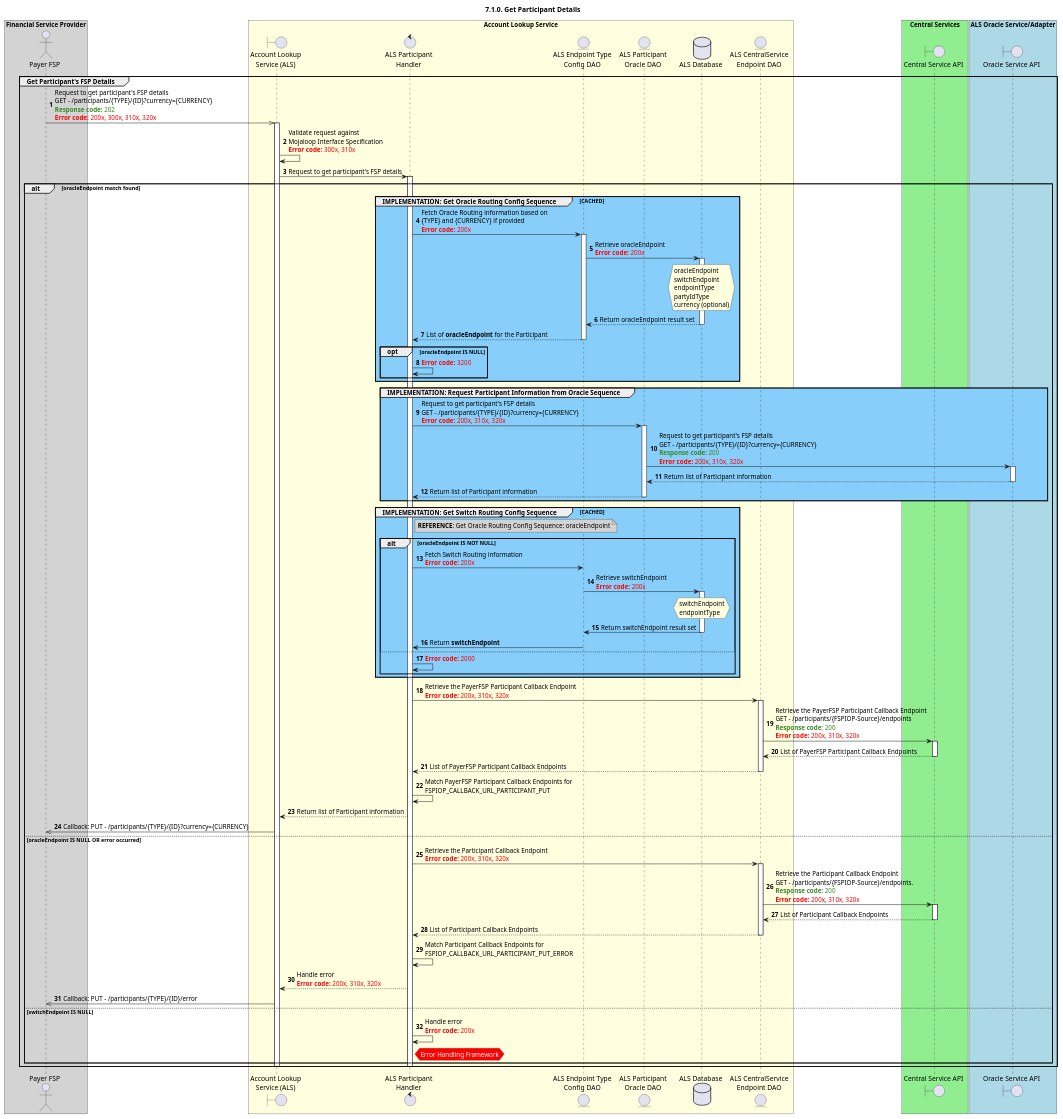
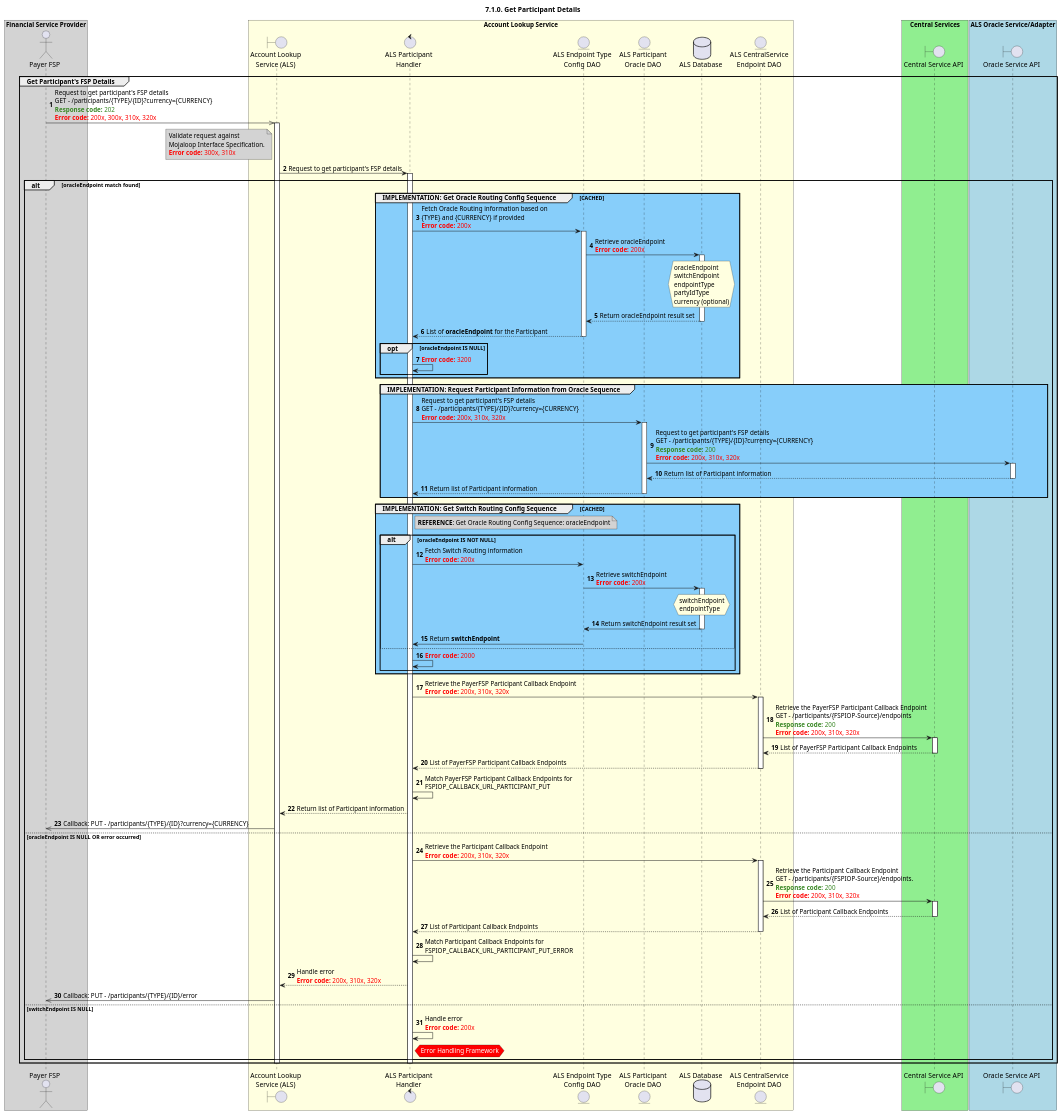
Before and after one commit to mojaloop/documentation: the diagram in mojaloop-technical-overview/account-lookup-service/assets/diagrams/sequence/seq-acct-lookup-get-participant-7.1.0.plantuml, drawn with PlantUML. The commit also changed 2 other files, not shown here.

Commit message:
Changes to the ALS Sequence Diagrams:
1. Minor typo fixes
2. Moved ML API Spec validation as a note instead of a step to match the changes to the "async" (non-solid) arrow changes as suggested by @ggrg

```diff
--- a/mojaloop-technical-overview/account-lookup-service/assets/diagrams/sequence/seq-acct-lookup-get-participant-7.1.0.plantuml
+++ b/mojaloop-technical-overview/account-lookup-service/assets/diagrams/sequence/seq-acct-lookup-get-participant-7.1.0.plantuml
@@ -27,146 +27,152 @@
 @startuml
-' declate title
+' declare title
 title 7.1.0. Get Participant Details
 
 autonumber
 ' Actor Keys:
 ' boundary - APIs/Interfaces, etc
 ' entity - Database Access Objects
 ' database - Database Persistance Store
 
 ' declare actors
 actor "Payer FSP" as PAYER_FSP
 boundary "Account Lookup\nService (ALS)" as ALS_API
 control "ALS Participant\nHandler" as ALS_PARTICIPANT_HANDLER
 entity "ALS Endpoint Type\nConfig DAO" as ALS_TYPE_ENDPOINT_CONFIG_DAO
 entity "ALS CentralService\nEndpoint DAO" as ALS_CENTRALSERVICE_ENDPOINT_CONFIG_DAO
 entity "ALS Participant\nOracle DAO" as ALS_PARTICIPANT_ORACLE_DAO
 entity "ALS Participant Endpoint\nOracle DAO" as ALS_PARTICIPANT_ORACLE_DAO
 database "ALS Database" as ALS_DB
 boundary "Oracle Service API" as ORACLE_API
 boundary "Central Service API" as CENTRALSERVICE_API
 
 box "Financial Service Provider" #LightGrey
 participant PAYER_FSP
 end box
 
 box "Account Lookup Service" #LightYellow
 participant ALS_API
 participant ALS_PARTICIPANT_HANDLER
 participant ALS_TYPE_ENDPOINT_CONFIG_DAO
 participant ALS_PARTICIPANT_ORACLE_DAO
 participant ALS_DB
 participant ALS_CENTRALSERVICE_ENDPOINT_CONFIG_DAO
 end box
 
 box "Central Services" #LightGreen
 participant CENTRALSERVICE_API
 end box
 
 box "ALS Oracle Service/Adapter" #LightBlue
 participant ORACLE_API
 end box
 
 ' START OF FLOW
 
 group Get Participant's FSP Details
+
+
     PAYER_FSP ->> ALS_API: Request to get participant's FSP details \nGET - /participants/{TYPE}/{ID}?currency={CURRENCY}\n<color #388724><b>Response code:</b> 202</color> \n<color #red><b>Error code:</b> 200x, 300x, 310x, 320x</color>
     activate ALS_API
-    ALS_API -> ALS_API: Validate request against\nMojaloop Interface Specification\n<color #red><b>Error code:</b> 300x, 310x</color>
+    note left ALS_API #lightgray
+        Validate request against
+        Mojaloop Interface Specification.
+        <color #red><b>Error code:</b> 300x, 310x</color>
+    end note
 
     ALS_API -> ALS_PARTICIPANT_HANDLER: Request to get participant's FSP details
 
     alt oracleEndpoint match found
         group #lightskyblue IMPLEMENTATION: Get Oracle Routing Config Sequence [CACHED]
             activate ALS_PARTICIPANT_HANDLER
             ALS_PARTICIPANT_HANDLER -> ALS_TYPE_ENDPOINT_CONFIG_DAO: Fetch Oracle Routing information based on\n{TYPE} and {CURRENCY} if provided\n<color #red><b>Error code:</b> 200x</color>
             activate ALS_TYPE_ENDPOINT_CONFIG_DAO
             ALS_TYPE_ENDPOINT_CONFIG_DAO -> ALS_DB: Retrieve oracleEndpoint\n<color #red><b>Error code:</b> 200x</color>
             activate ALS_DB
             hnote over ALS_DB #lightyellow
                     oracleEndpoint
                     switchEndpoint
                     endpointType
                     partyIdType
                     currency (optional)
             end note
             ALS_DB --> ALS_TYPE_ENDPOINT_CONFIG_DAO: Return oracleEndpoint result set
             deactivate ALS_DB
             ALS_TYPE_ENDPOINT_CONFIG_DAO --> ALS_PARTICIPANT_HANDLER: List of **oracleEndpoint** for the Participant
             deactivate ALS_TYPE_ENDPOINT_CONFIG_DAO
             opt #lightskyblue oracleEndpoint IS NULL
                 ALS_PARTICIPANT_HANDLER -> ALS_PARTICIPANT_HANDLER: <color #red><b>Error code:</b> 3200</color>
             end
         end group
 
         group #lightskyblue IMPLEMENTATION: Request Participant Information from Oracle Sequence
             ALS_PARTICIPANT_HANDLER -> ALS_PARTICIPANT_ORACLE_DAO: Request to get participant's FSP details \nGET - /participants/{TYPE}/{ID}?currency={CURRENCY}\n<color #red><b>Error code:</b> 200x, 310x, 320x</color>
             activate ALS_PARTICIPANT_ORACLE_DAO
             ALS_PARTICIPANT_ORACLE_DAO -> ORACLE_API: Request to get participant's FSP details \nGET - /participants/{TYPE}/{ID}?currency={CURRENCY}\n<color #388724><b>Response code:</b> 200</color> \n<color #red><b>Error code:</b> 200x, 310x, 320x</color>
             activate ORACLE_API
             ORACLE_API --> ALS_PARTICIPANT_ORACLE_DAO: Return list of Participant information
             deactivate ORACLE_API
             ALS_PARTICIPANT_ORACLE_DAO --> ALS_PARTICIPANT_HANDLER: Return list of Participant information
             deactivate ALS_PARTICIPANT_ORACLE_DAO
         end group
 
         group #lightskyblue IMPLEMENTATION: Get Switch Routing Config Sequence [CACHED]
             note right of ALS_PARTICIPANT_HANDLER  #lightgray
                 **REFERENCE**: Get Oracle Routing Config Sequence: oracleEndpoint
             end note
             alt #lightskyblue oracleEndpoint IS NOT NULL
                 ALS_PARTICIPANT_HANDLER -> ALS_TYPE_ENDPOINT_CONFIG_DAO: Fetch Switch Routing information\n<color #red><b>Error code:</b> 200x</color>
                 ALS_TYPE_ENDPOINT_CONFIG_DAO -> ALS_DB: Retrieve switchEndpoint\n<color #red><b>Error code:</b> 200x</color>
                 activate ALS_DB
                 hnote over ALS_DB #lightyellow
                         switchEndpoint
                         endpointType
                 end note
                 ALS_DB -> ALS_TYPE_ENDPOINT_CONFIG_DAO: Return switchEndpoint result set
                 deactivate ALS_DB
                 ALS_TYPE_ENDPOINT_CONFIG_DAO -> ALS_PARTICIPANT_HANDLER: Return **switchEndpoint**
             else
                 ALS_PARTICIPANT_HANDLER -> ALS_PARTICIPANT_HANDLER: <color #red><b>Error code:</b> 2000</color>
             end alt
         end group
 
         '********************* Get PayerFSP Callback Endpoints - START ************************
         ALS_PARTICIPANT_HANDLER -> ALS_CENTRALSERVICE_ENDPOINT_CONFIG_DAO: Retrieve the PayerFSP Participant Callback Endpoint\n<color #red><b>Error code:</b> 200x, 310x, 320x</color>
         activate ALS_CENTRALSERVICE_ENDPOINT_CONFIG_DAO
         ALS_CENTRALSERVICE_ENDPOINT_CONFIG_DAO -> CENTRALSERVICE_API: Retrieve the PayerFSP Participant Callback Endpoint\nGET - /participants/{FSPIOP-Source}/endpoints\n<color #388724><b>Response code:</b> 200</color> \n<color #red><b>Error code:</b> 200x, 310x, 320x</color>
         activate CENTRALSERVICE_API
         CENTRALSERVICE_API --> ALS_CENTRALSERVICE_ENDPOINT_CONFIG_DAO: List of PayerFSP Participant Callback Endpoints
         deactivate CENTRALSERVICE_API
         ALS_CENTRALSERVICE_ENDPOINT_CONFIG_DAO --> ALS_PARTICIPANT_HANDLER: List of PayerFSP Participant Callback Endpoints
         deactivate ALS_CENTRALSERVICE_ENDPOINT_CONFIG_DAO
         ALS_PARTICIPANT_HANDLER -> ALS_PARTICIPANT_HANDLER: Match PayerFSP Participant Callback Endpoints for\nFSPIOP_CALLBACK_URL_PARTICIPANT_PUT
         '********************* Get PayerFSP Participant Information - END ************************
 
         ALS_PARTICIPANT_HANDLER --> ALS_API: Return list of Participant information
         ALS_API ->> PAYER_FSP: Callback: PUT - /participants/{TYPE}/{ID}?currency={CURRENCY}
     else oracleEndpoint IS NULL OR error occurred
         ALS_PARTICIPANT_HANDLER -> ALS_CENTRALSERVICE_ENDPOINT_CONFIG_DAO: Retrieve the Participant Callback Endpoint\n<color #red><b>Error code:</b> 200x, 310x, 320x</color>
         activate ALS_CENTRALSERVICE_ENDPOINT_CONFIG_DAO
         ALS_CENTRALSERVICE_ENDPOINT_CONFIG_DAO -> CENTRALSERVICE_API: Retrieve the Participant Callback Endpoint\nGET - /participants/{FSPIOP-Source}/endpoints. \n<color #388724><b>Response code: </b>200</color> \n<color #red><b>Error code:</b> 200x, 310x, 320x</color>
         activate CENTRALSERVICE_API
         CENTRALSERVICE_API --> ALS_CENTRALSERVICE_ENDPOINT_CONFIG_DAO: List of Participant Callback Endpoints
         deactivate CENTRALSERVICE_API
         ALS_CENTRALSERVICE_ENDPOINT_CONFIG_DAO --> ALS_PARTICIPANT_HANDLER: List of Participant Callback Endpoints
         deactivate ALS_CENTRALSERVICE_ENDPOINT_CONFIG_DAO
 
         ALS_PARTICIPANT_HANDLER -> ALS_PARTICIPANT_HANDLER: Match Participant Callback Endpoints for\nFSPIOP_CALLBACK_URL_PARTICIPANT_PUT_ERROR
 
         ALS_PARTICIPANT_HANDLER --> ALS_API: Handle error\n<color #red><b>Error code:</b> 200x, 310x, 320x</color>
         ALS_API ->> PAYER_FSP: Callback: PUT - /participants/{TYPE}/{ID}/error
     else switchEndpoint IS NULL
         ALS_PARTICIPANT_HANDLER -> ALS_PARTICIPANT_HANDLER: Handle error\n<color #red><b>Error code:</b> 200x</color>
         hnote right ALS_PARTICIPANT_HANDLER #red
             <color #white>Error Handling Framework</color>
         end note
     end alt
     deactivate ALS_API
 
     deactivate ALS_PARTICIPANT_HANDLER
 
 end
 @enduml
```
